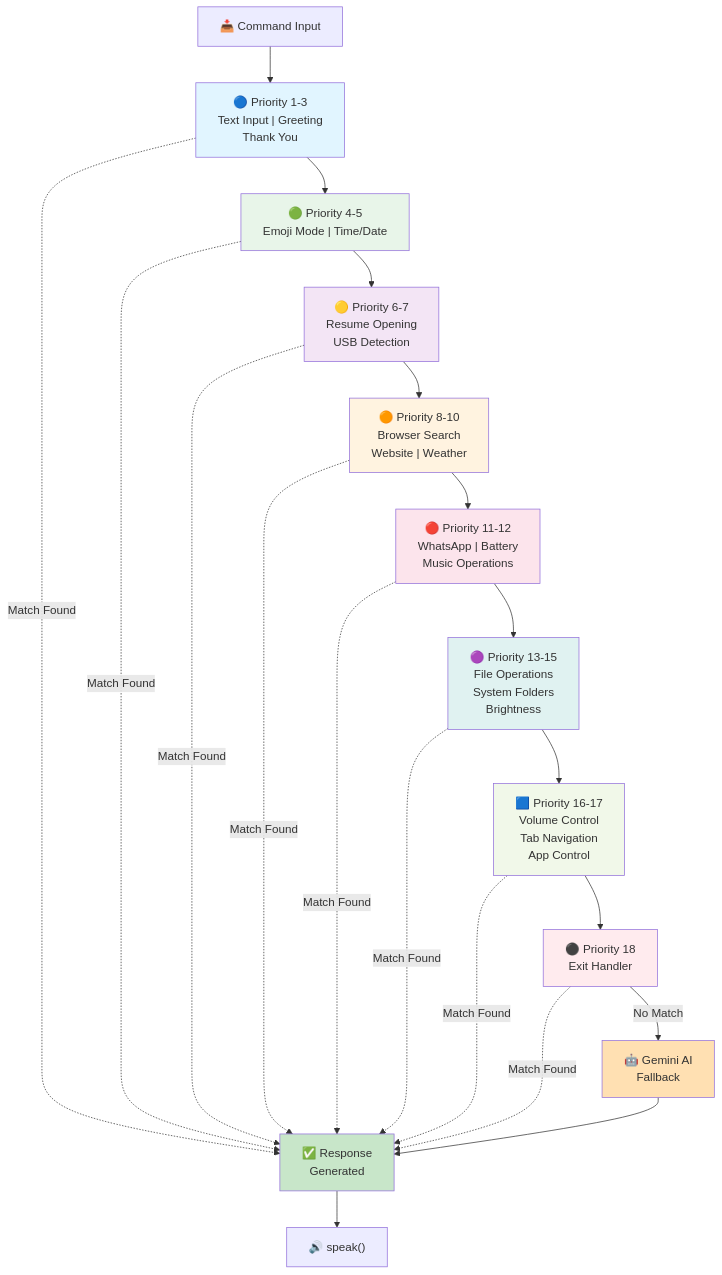
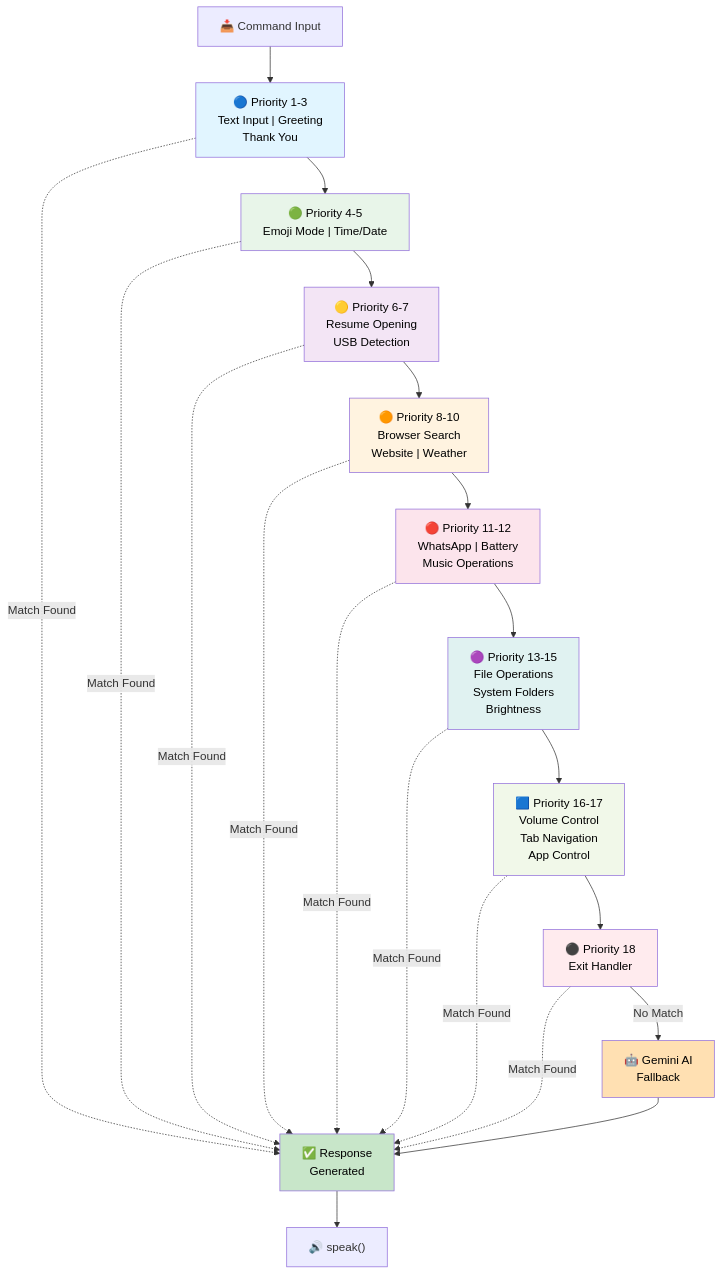
Before and after one commit to KGFCH2/OIBSIP: the third of 4 diagrams in Voice Assistant/EchoMind AI/README.md, drawn with Mermaid. The commit also changed other lines of this file, not shown here.

````diff
--- a/Voice Assistant/EchoMind AI/README.md
+++ b/Voice Assistant/EchoMind AI/README.md
@@ -257,37 +257,37 @@
 ```mermaid
 graph TD
     CMD["📥 Command Input"]
     
     CMD --> P1["🔵 Priority 1-3<br/>Text Input | Greeting<br/>Thank You"]
     P1 --> P2["🟢 Priority 4-5<br/>Emoji Mode | Time/Date"]
     P2 --> P3["🟡 Priority 6-7<br/>Resume Opening<br/>USB Detection"]
     P3 --> P4["🟠 Priority 8-10<br/>Browser Search<br/>Website | Weather"]
     P4 --> P5["🔴 Priority 11-12<br/>WhatsApp | Battery<br/>Music Operations"]
     P5 --> P6["🟣 Priority 13-15<br/>File Operations<br/>System Folders<br/>Brightness"]
     P6 --> P7["🟦 Priority 16-17<br/>Volume Control<br/>Tab Navigation<br/>App Control"]
     P7 --> P8["⚫ Priority 18<br/>Exit Handler"]
     
     P1 -.->|Match Found| DONE["✅ Response<br/>Generated"]
     P2 -.->|Match Found| DONE
     P3 -.->|Match Found| DONE
     P4 -.->|Match Found| DONE
     P5 -.->|Match Found| DONE
     P6 -.->|Match Found| DONE
     P7 -.->|Match Found| DONE
     P8 -.->|Match Found| DONE
     P8 -->|No Match| FALLBACK["🤖 Gemini AI<br/>Fallback"]
     FALLBACK --> DONE
     
     DONE --> OUTPUT["🔊 speak()"]
     
-    style P1 fill:#e1f5ff
-    style P2 fill:#e8f5e9
-    style P3 fill:#f3e5f5
-    style P4 fill:#fff3e0
-    style P5 fill:#fce4ec
-    style P6 fill:#e0f2f1
-    style P7 fill:#f1f8e9
-    style P8 fill:#ffebee
-    style FALLBACK fill:#ffe0b2
-    style DONE fill:#c8e6c9
+    style P1 fill:#e1f5ff,color:#000
+    style P2 fill:#e8f5e9,color:#000
+    style P3 fill:#f3e5f5,color:#000
+    style P4 fill:#fff3e0,color:#000
+    style P5 fill:#fce4ec,color:#000
+    style P6 fill:#e0f2f1,color:#000
+    style P7 fill:#f1f8e9,color:#000
+    style P8 fill:#ffebee,color:#000
+    style FALLBACK fill:#ffe0b2,color:#000
+    style DONE fill:#c8e6c9,color:#000
 ```
````
